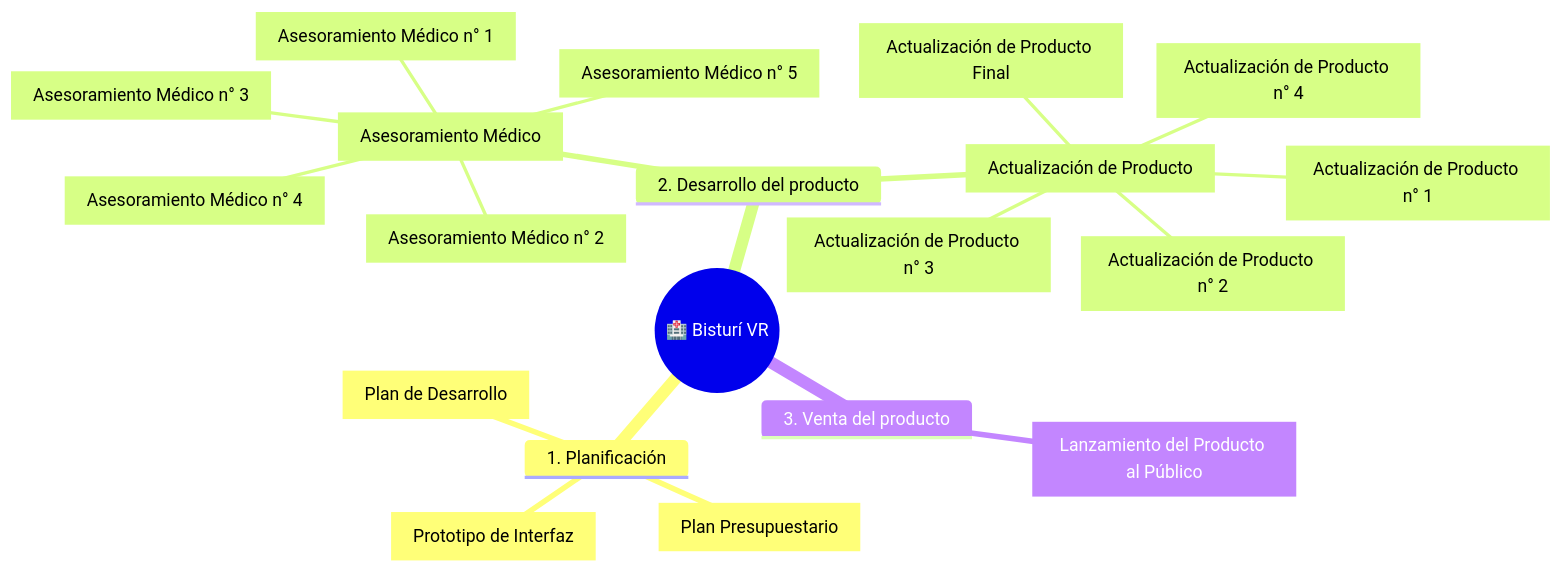
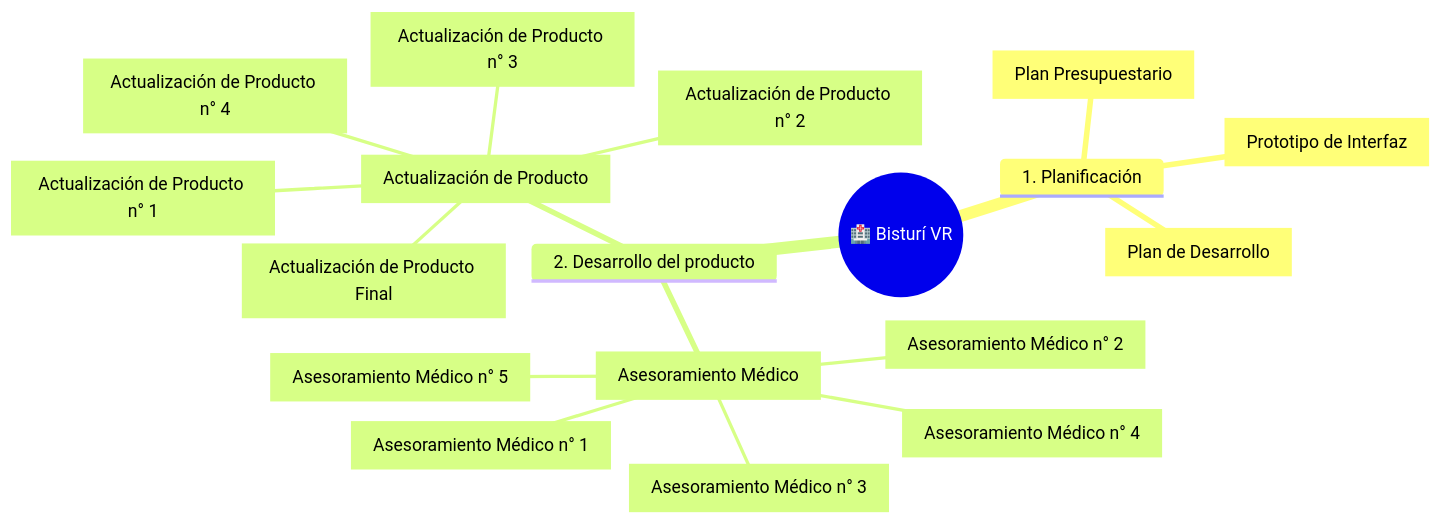
The diagram in docs/01-plan-inicial/entregables.md (TomasGonzalez1204/plan-proyecto-gp-uner), drawn with Mermaid before and after one commit.

````diff
--- a/docs/01-plan-inicial/entregables.md
+++ b/docs/01-plan-inicial/entregables.md
@@ -6,24 +6,22 @@
 ```mermaid
 mindmap
   root(("🏥 Bisturí VR"))
     1. Planificación
       [Plan de Desarrollo]
       [Plan Presupuestario]
       [Prototipo de Interfaz]
     2. Desarrollo del producto
       [Asesoramiento Médico]
         [Asesoramiento Médico n° 1]
         [Asesoramiento Médico n° 2]
         [Asesoramiento Médico n° 3]
         [Asesoramiento Médico n° 4]
         [Asesoramiento Médico n° 5]
       [Actualización de Producto]
         [Actualización de Producto n° 1]
         [Actualización de Producto n° 2]
         [Actualización de Producto n° 3]
         [Actualización de Producto n° 4]
         [Actualización de Producto Final]
-    3. Venta del producto
-      [Lanzamiento del Producto al Público]
     
 ```
````
